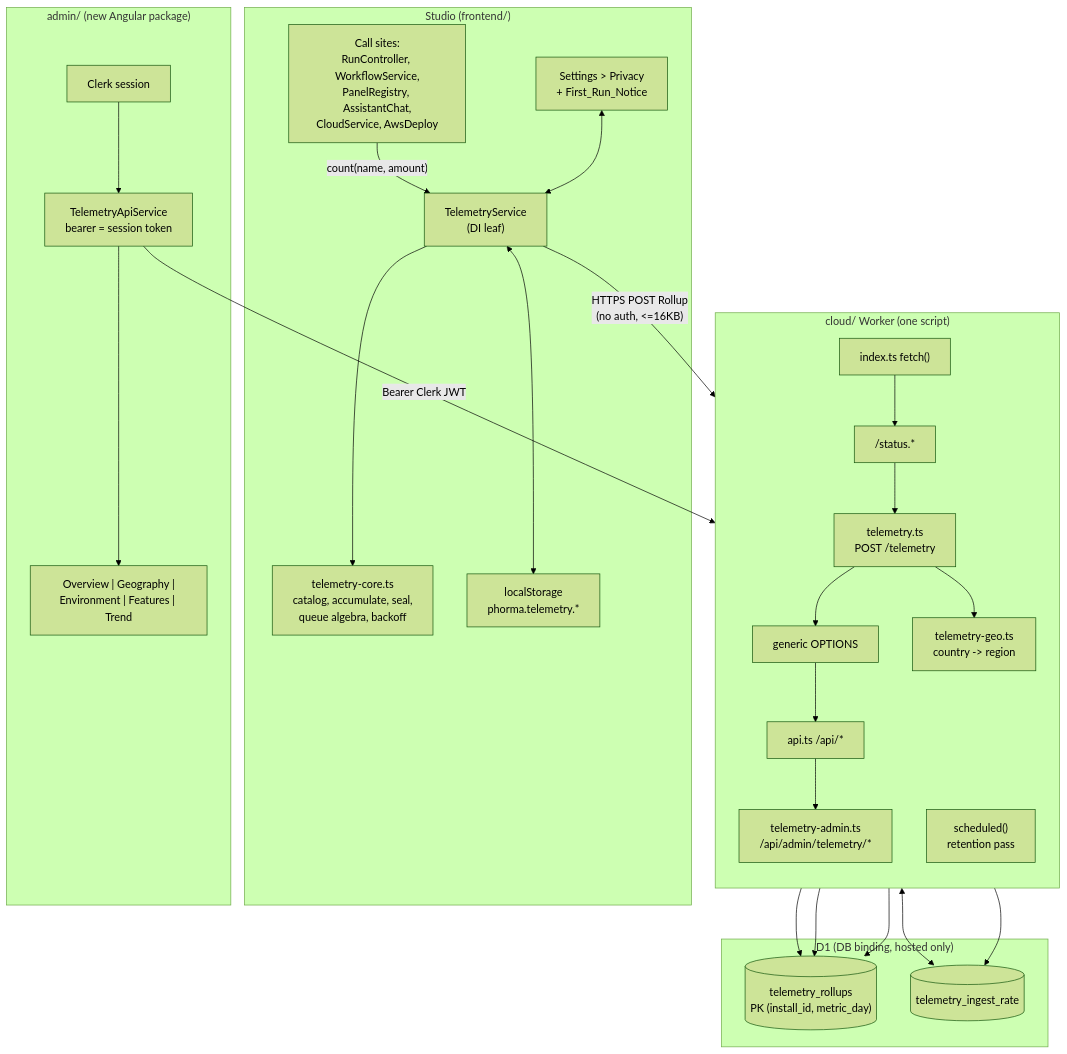
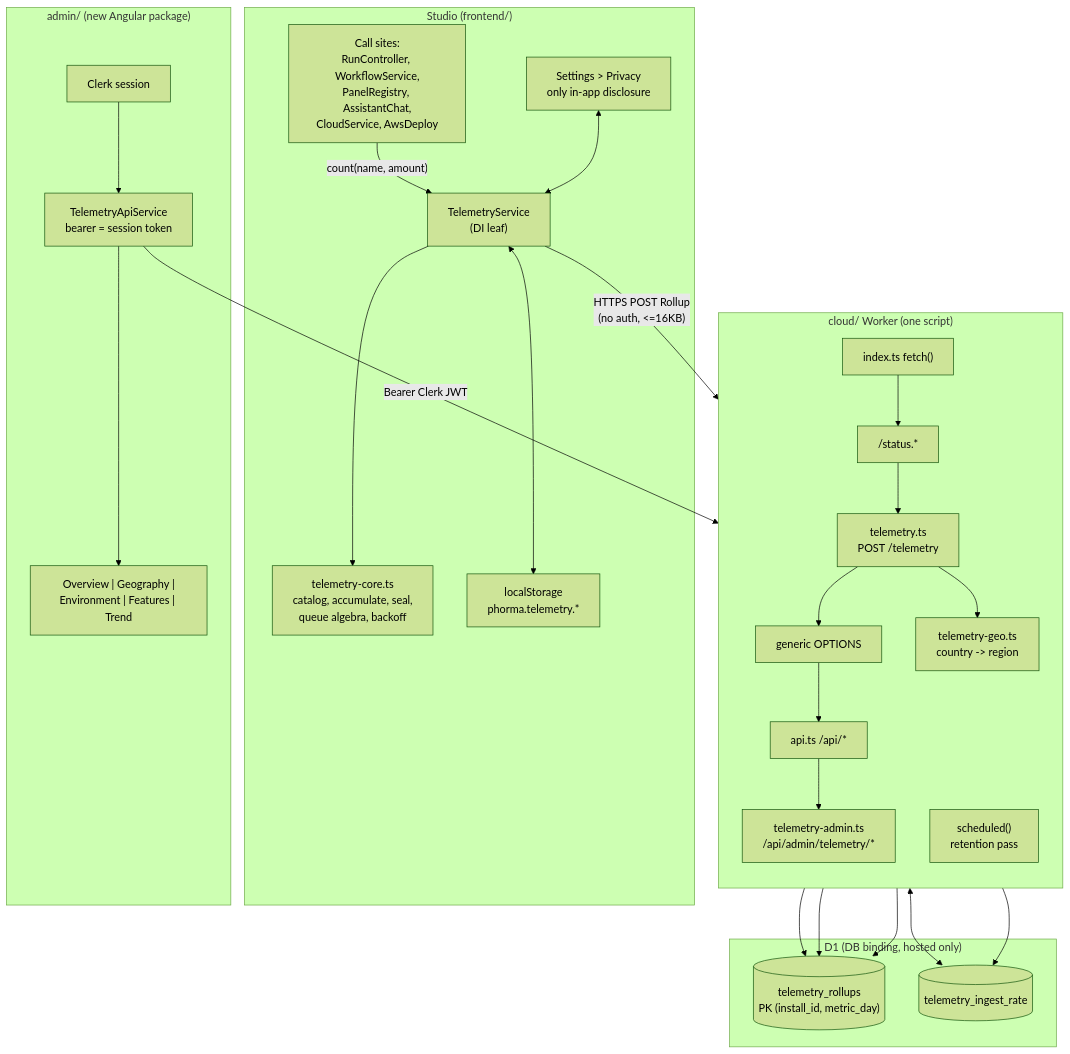
One commit to BlakePixHil/phorma-agent-studio changed the diagram in .kiro/specs/telemetry-phone-home/design.md. Above: the diagram before and after it, drawn with Mermaid (forest theme). The commit also changed other lines of this file and 13 other files, not shown here.

````diff
--- a/.kiro/specs/telemetry-phone-home/design.md
+++ b/.kiro/specs/telemetry-phone-home/design.md
@@ -32,48 +32,48 @@
 ```mermaid
 flowchart TB
   subgraph studio["Studio (frontend/)"]
     surfaces["Call sites:<br/>RunController, WorkflowService,<br/>PanelRegistry, AssistantChat,<br/>CloudService, AwsDeploy"]
     svc["TelemetryService<br/>(DI leaf)"]
     core["telemetry-core.ts<br/>catalog, accumulate, seal,<br/>queue algebra, backoff"]
     store["localStorage<br/>phorma.telemetry.*"]
-    privacy["Settings > Privacy<br/>+ First_Run_Notice"]
+    privacy["Settings > Privacy<br/>only in-app disclosure"]
     surfaces -->|"count(name, amount)"| svc
     svc --> core
     svc <--> store
     privacy <--> svc
   end
 
   subgraph worker["cloud/ Worker (one script)"]
     direction TB
     router["index.ts fetch()"]
     status["/status.*"]
     tel["telemetry.ts<br/>POST /telemetry"]
     geo["telemetry-geo.ts<br/>country -> region"]
     opts["generic OPTIONS"]
     api["api.ts /api/*"]
     admin["telemetry-admin.ts<br/>/api/admin/telemetry/*"]
     sched["scheduled()<br/>retention pass"]
     router --> status --> tel --> opts --> api --> admin
     tel --> geo
   end
 
   subgraph d1["D1 (DB binding, hosted only)"]
     rollups[("telemetry_rollups<br/>PK (install_id, metric_day)")]
     rate[("telemetry_ingest_rate")]
   end
 
   subgraph dash["admin/ (new Angular package)"]
     clerk["Clerk session"]
     apiclient["TelemetryApiService<br/>bearer = session token"]
     views["Overview | Geography |<br/>Environment | Features | Trend"]
     clerk --> apiclient --> views
   end
 
   svc -->|"HTTPS POST Rollup<br/>(no auth, <=16KB)"| tel
   tel --> rollups
   tel <--> rate
   sched --> rollups
   sched --> rate
   admin --> rollups
   apiclient -->|"Bearer Clerk JWT"| admin
 ```
````
